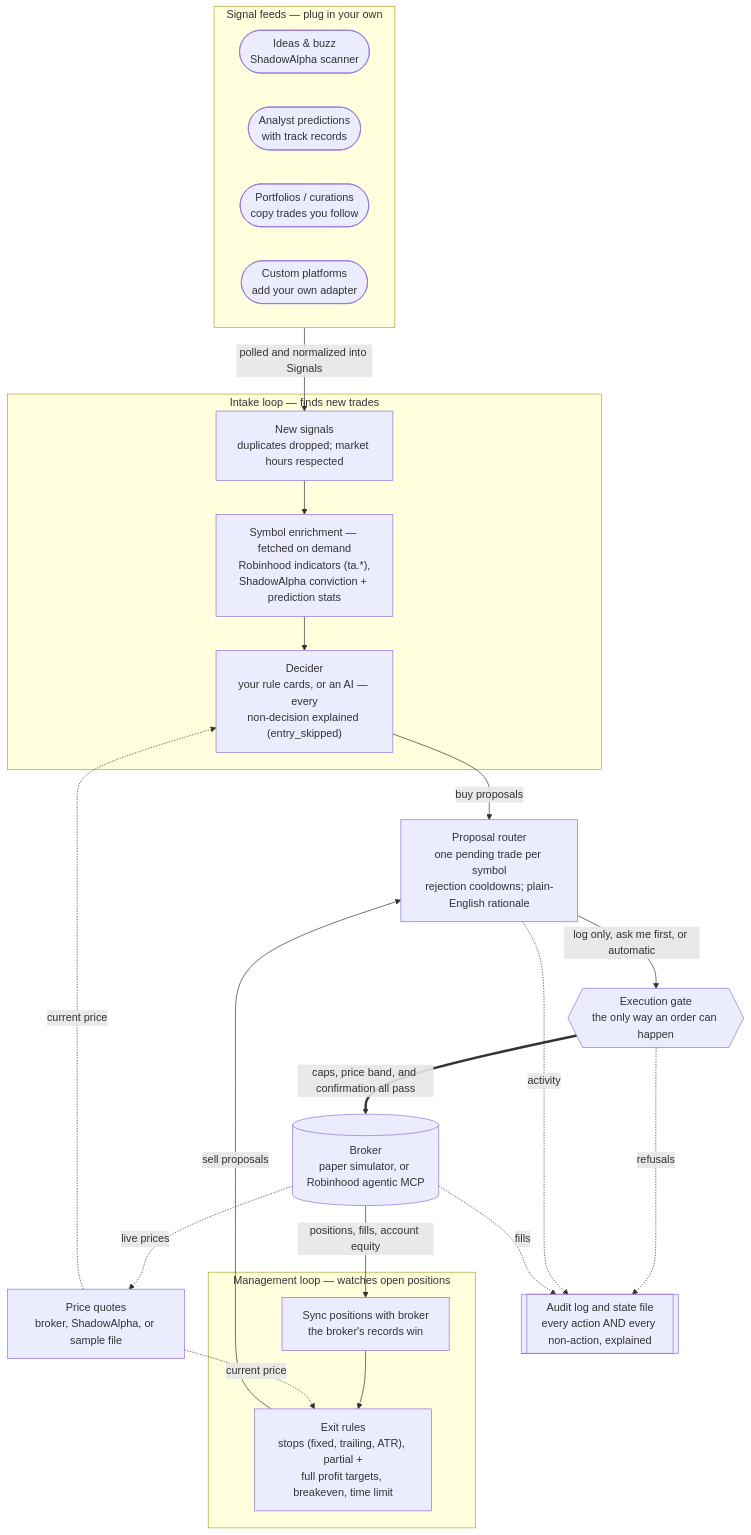
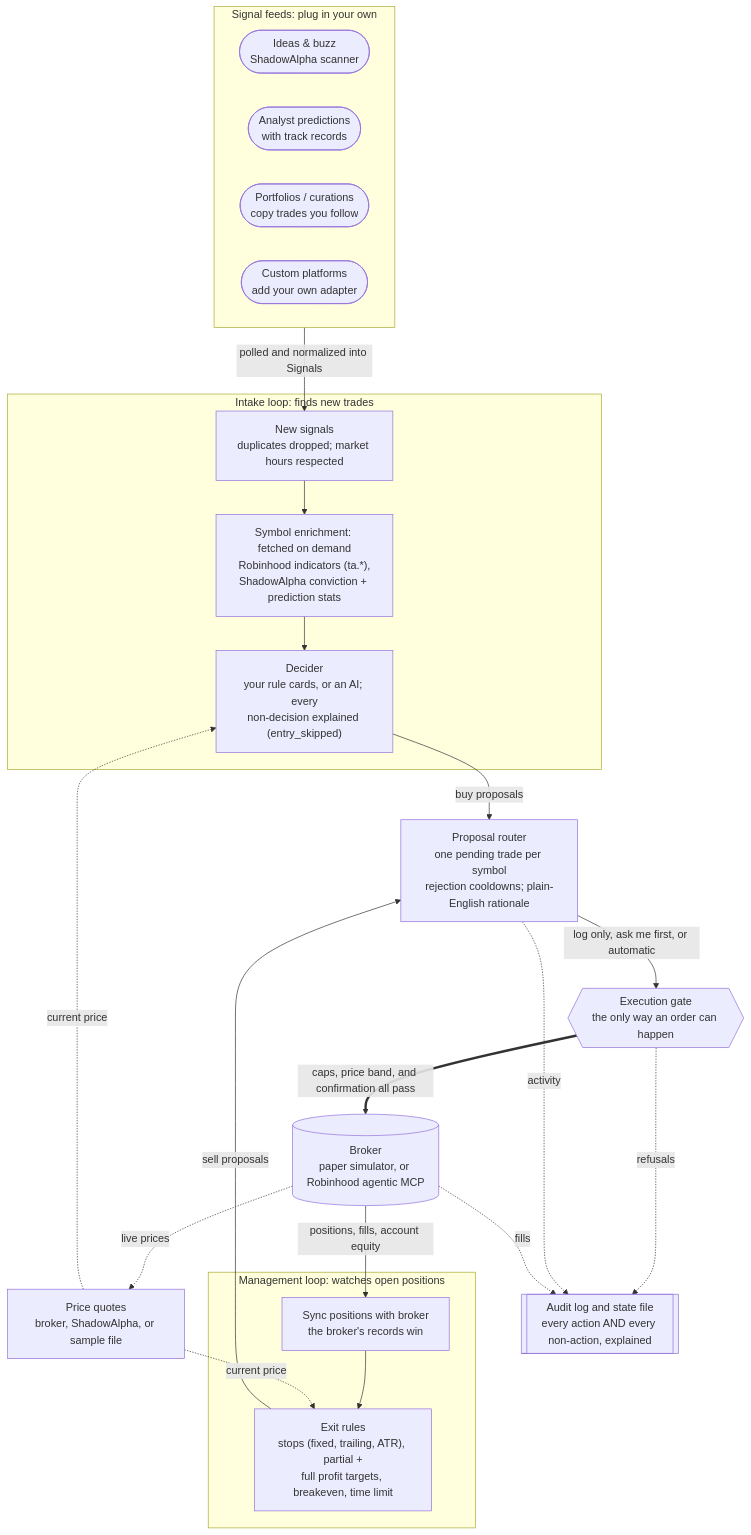
Before and after one commit to shadowalpha-ai/shadow-cortex: the first of 2 diagrams in README.md, drawn with Mermaid. The commit also changed other lines of this file, not shown here.

````diff
--- a/README.md
+++ b/README.md
@@ -87,44 +123,44 @@
 ```mermaid
 flowchart TD
-  subgraph SRC["Signal feeds — plug in your own"]
+  subgraph SRC["Signal feeds: plug in your own"]
     direction LR
     SA1(["Ideas & buzz<br/>ShadowAlpha scanner"])
     SA2(["Analyst predictions<br/>with track records"])
     SA3(["Portfolios / curations<br/>copy trades you follow"])
     CU(["Custom platforms<br/>add your own adapter"])
   end
 
   SRC -->|"polled and normalized into Signals"| WIN
 
-  subgraph INTK["Intake loop — finds new trades"]
+  subgraph INTK["Intake loop: finds new trades"]
     WIN["New signals<br/>duplicates dropped; market hours respected"]
-    ENR["Symbol enrichment — fetched on demand<br/>Robinhood indicators (ta.*),<br/>ShadowAlpha conviction + prediction stats"]
-    DEC["Decider<br/>your rule cards, or an AI — every<br/>non-decision explained (entry_skipped)"]
+    ENR["Symbol enrichment: fetched on demand<br/>Robinhood indicators (ta.*),<br/>ShadowAlpha conviction + prediction stats"]
+    DEC["Decider<br/>your rule cards, or an AI; every<br/>non-decision explained (entry_skipped)"]
     WIN --> ENR --> DEC
   end
 
-  subgraph MGMT["Management loop — watches open positions"]
+  subgraph MGMT["Management loop: watches open positions"]
     REC["Sync positions with broker<br/>the broker's records win"]
     EXIT["Exit rules<br/>stops (fixed, trailing, ATR), partial +<br/>full profit targets, breakeven, time limit"]
     REC --> EXIT
   end
 
   DEC -->|"buy proposals"| RTR
   EXIT -->|"sell proposals"| RTR
   QT["Price quotes<br/>broker, ShadowAlpha, or sample file"] -.current price.-> DEC
   QT -.current price.-> EXIT
 
   RTR["Proposal router<br/>one pending trade per symbol<br/>rejection cooldowns; plain-English rationale"]
   RTR -->|"log only, ask me first, or automatic"| GATE
 
   GATE{{"Execution gate<br/>the only way an order can happen"}}
   GATE ==>|"caps, price band, and confirmation all pass"| BRK
   BRK[("Broker<br/>paper simulator, or Robinhood agentic MCP")]
   BRK -->|"positions, fills, account equity"| REC
 
   GATE -.refusals.-> AUD
   RTR -.activity.-> AUD
   BRK -.fills.-> AUD
   BRK -.live prices.-> QT
   AUD[["Audit log and state file<br/>every action AND every non-action, explained"]]
 ```
````
